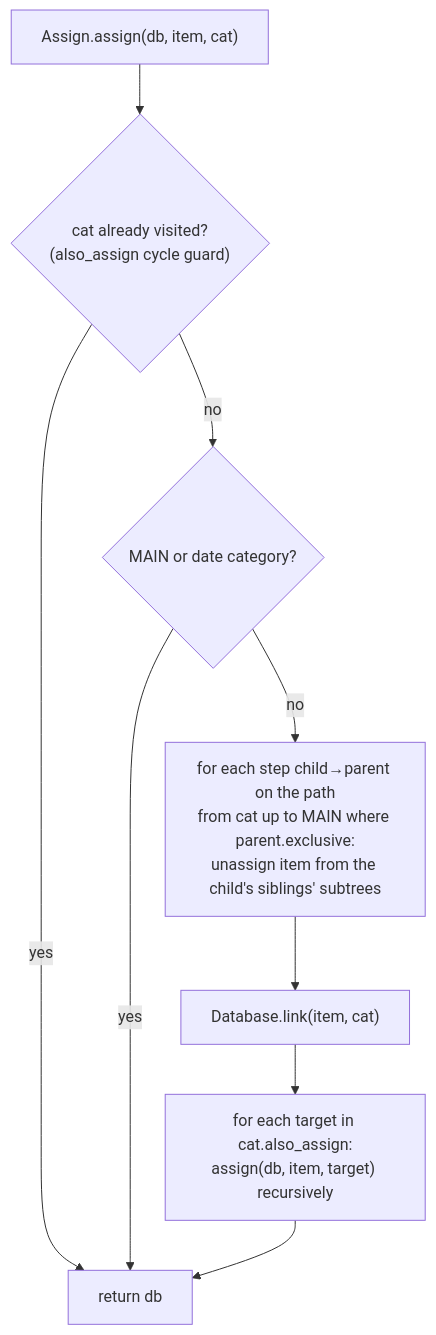
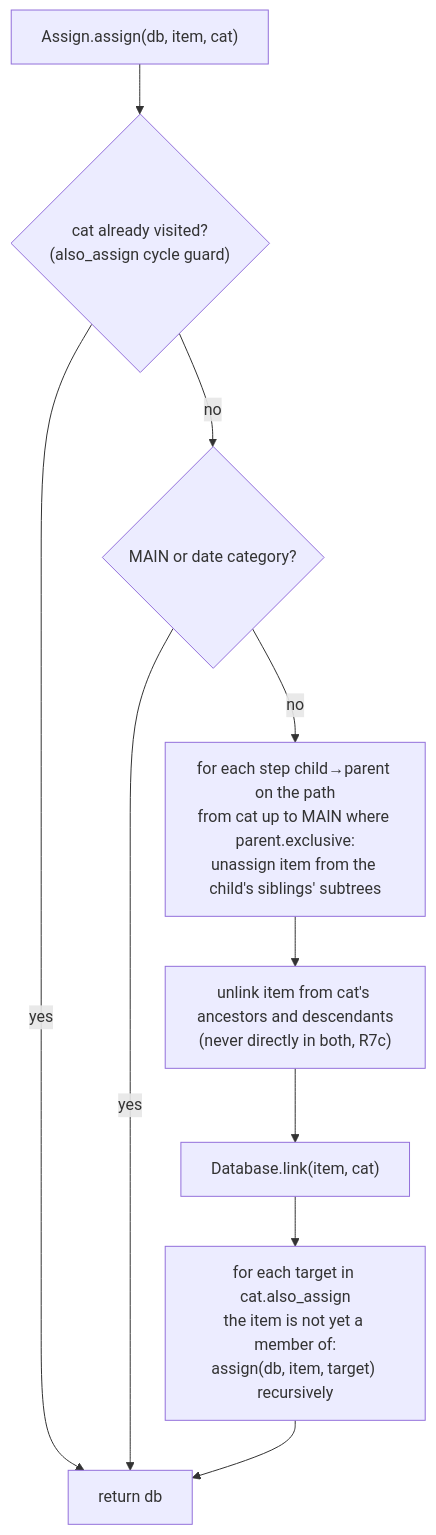
Before and after one commit to jamting/agendum: the third of 7 diagrams in docs/DATA_ACCESS.md, drawn with Mermaid. The commit also changed other lines of this file and 9 other files, not shown here.

First line of the commit message:
Never assign an item directly to a category and its ancestor (R7c)

````diff
--- a/docs/DATA_ACCESS.md
+++ b/docs/DATA_ACCESS.md
@@ -155,11 +155,12 @@
 ```mermaid
 flowchart TD
     A["Assign.assign(db, item, cat)"] --> V{"cat already visited?<br/>(also_assign cycle guard)"}
     V -- yes --> R["return db"]
     V -- no --> M{"MAIN or date category?"}
     M -- yes --> R
     M -- no --> X["for each step child→parent on the path<br/>from cat up to MAIN where parent.exclusive:<br/>unassign item from the child's siblings' subtrees"]
-    X --> L["Database.link(item, cat)"]
-    L --> Y["for each target in cat.also_assign:<br/>assign(db, item, target) recursively"]
+    X --> AN["unlink item from cat's ancestors and descendants<br/>(never directly in both, R7c)"]
+    AN --> L["Database.link(item, cat)"]
+    L --> Y["for each target in cat.also_assign<br/>the item is not yet a member of:<br/>assign(db, item, target) recursively"]
     Y --> R
 ```
````
